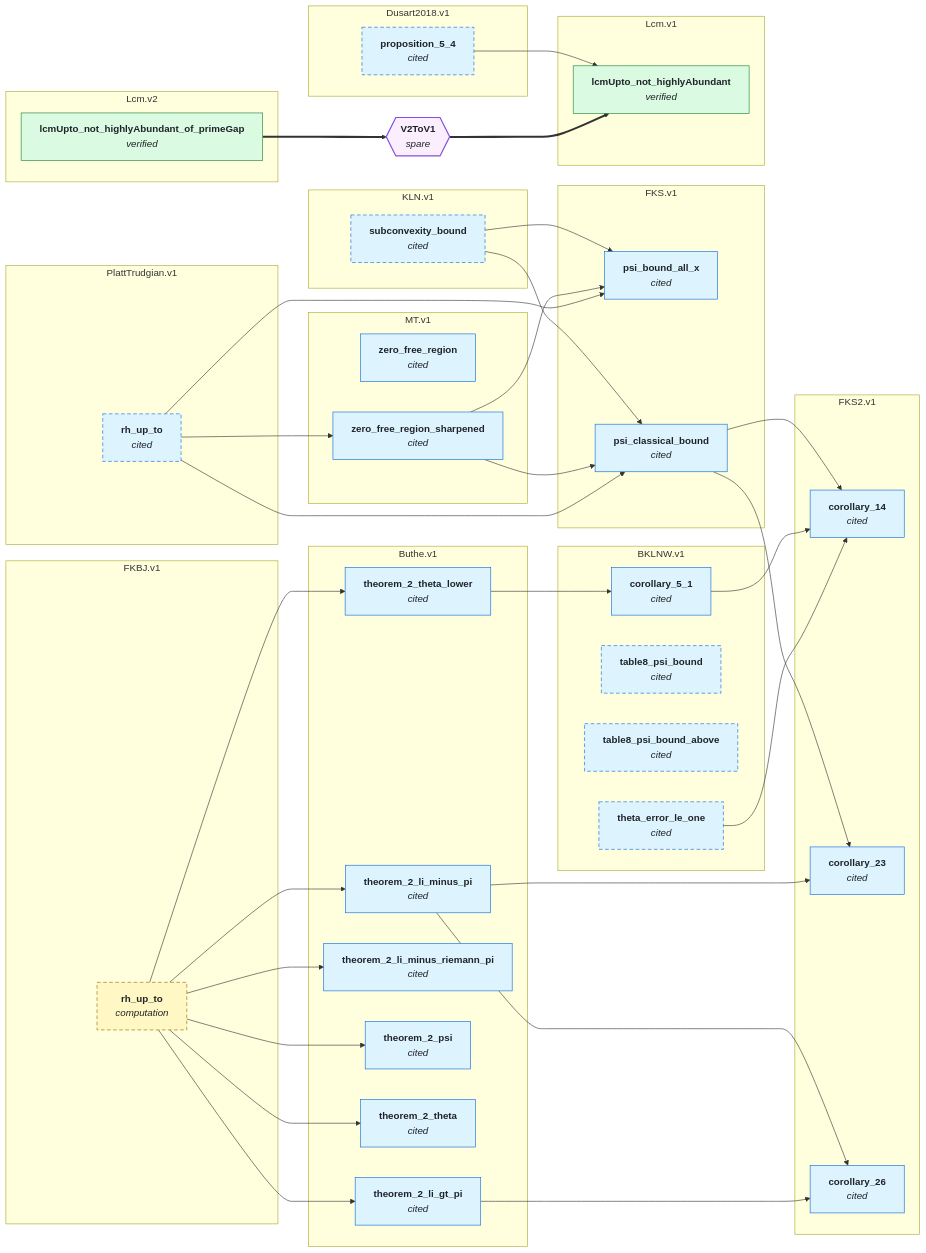
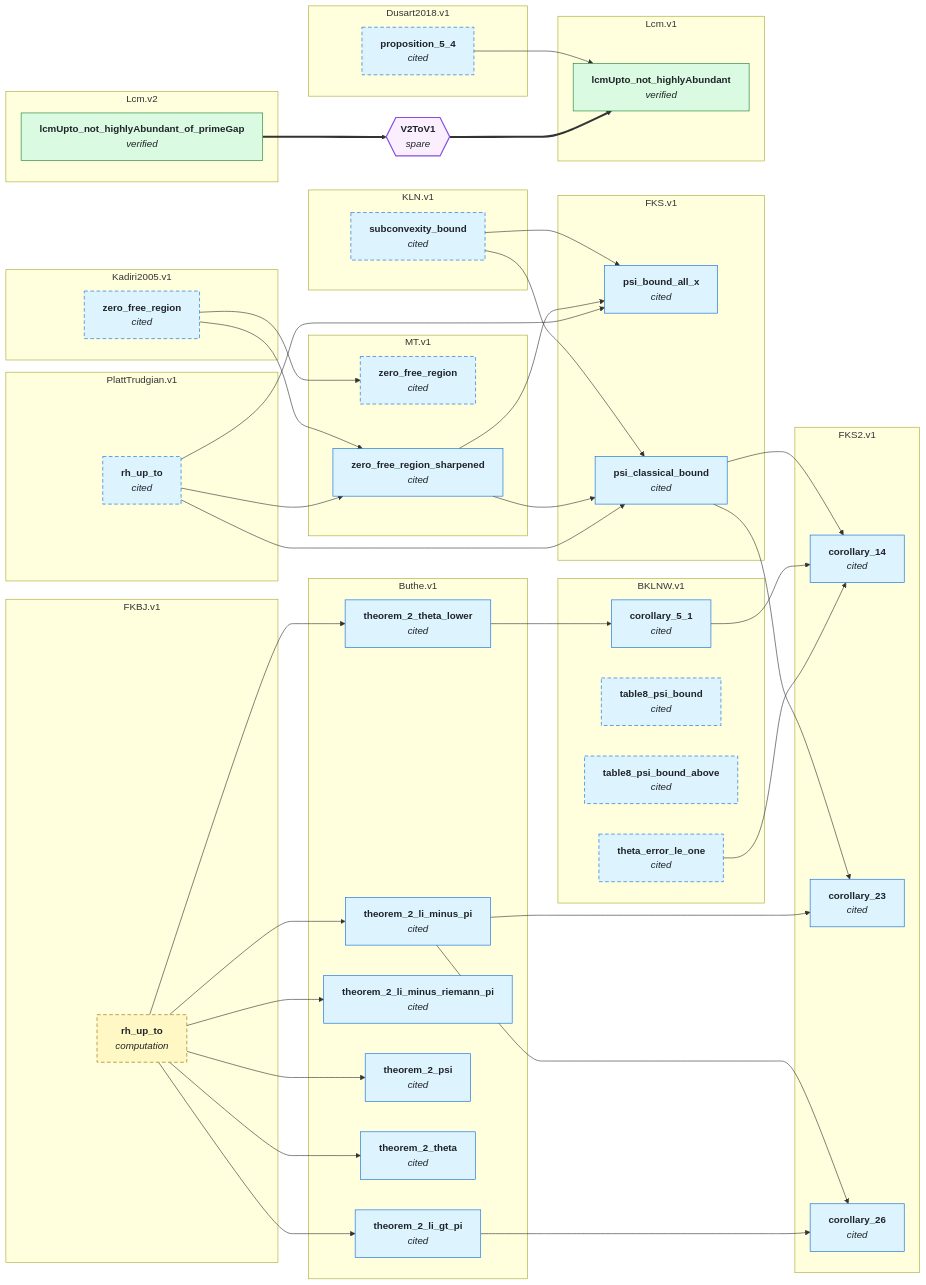
Before and after one commit to teorth/IEANTN: the second of 2 diagrams in GRAPH.md, drawn with Mermaid. The commit also changed other lines of this file and 9 other files, not shown here.

````diff
--- a/GRAPH.md
+++ b/GRAPH.md
@@ -115,6 +118,9 @@
   end
   subgraph sgKLN_v1["KLN.v1"]
     KLN_v1_subconvexity_bound["<b>subconvexity_bound</b><br/><i>cited</i>"]
+  end
+  subgraph sgKadiri2005_v1["Kadiri2005.v1"]
+    Kadiri2005_v1_zero_free_region["<b>zero_free_region</b><br/><i>cited</i>"]
   end
   subgraph sgLcm_v1["Lcm.v1"]
     Lcm_v1_lcmUpto_not_highlyAbundant["<b>lcmUpto_not_highlyAbundant</b><br/><i>verified</i>"]
@@ -150,6 +156,8 @@
   Buthe_v1_theorem_2_li_minus_pi --> FKS2_v1_corollary_26
   Buthe_v1_theorem_2_li_gt_pi --> FKS2_v1_corollary_26
   Dusart2018_v1_proposition_5_4 --> Lcm_v1_lcmUpto_not_highlyAbundant
+  Kadiri2005_v1_zero_free_region --> MT_v1_zero_free_region
+  Kadiri2005_v1_zero_free_region --> MT_v1_zero_free_region_sharpened
   PlattTrudgian_v1_rh_up_to --> MT_v1_zero_free_region_sharpened
   BRLcm_v1_lcmUpto_not_highlyAbundant__bridge_from_v2{{"<b>V2ToV1</b><br/><i>spare</i>"}}
   Lcm_v2_lcmUpto_not_highlyAbundant_of_primeGap ==> BRLcm_v1_lcmUpto_not_highlyAbundant__bridge_from_v2
@@ -160,6 +168,8 @@
   style Dusart2018_v1_proposition_5_4 stroke-dasharray: 6 4;
   style FKBJ_v1_rh_up_to stroke-dasharray: 6 4;
   style KLN_v1_subconvexity_bound stroke-dasharray: 6 4;
+  style Kadiri2005_v1_zero_free_region stroke-dasharray: 6 4;
+  style MT_v1_zero_free_region stroke-dasharray: 6 4;
   style PlattTrudgian_v1_rh_up_to stroke-dasharray: 6 4;
   classDef lean_comparator fill:#dafbe1,stroke:#1a7f37,color:#1f2328;
   classDef numerical fill:#fff8c5,stroke:#9a6700,color:#1f2328;
@@ -170,6 +180,6 @@
   classDef bridge fill:#fbefff,stroke:#8250df,color:#1f2328,stroke-width:2px;
   class BRLcm_v1_lcmUpto_not_highlyAbundant__bridge_from_v2 bridge;
   class Lcm_v1_lcmUpto_not_highlyAbundant,Lcm_v2_lcmUpto_not_highlyAbundant_of_primeGap lean_comparator;
-  class BKLNW_v1_corollary_5_1,BKLNW_v1_table8_psi_bound,BKLNW_v1_table8_psi_bound_above,BKLNW_v1_theta_error_le_one,Buthe_v1_theorem_2_li_gt_pi,Buthe_v1_theorem_2_li_minus_pi,Buthe_v1_theorem_2_li_minus_riemann_pi,Buthe_v1_theorem_2_psi,Buthe_v1_theorem_2_theta,Buthe_v1_theorem_2_theta_lower,Dusart2018_v1_proposition_5_4,FKS_v1_psi_bound_all_x,FKS_v1_psi_classical_bound,FKS2_v1_corollary_14,FKS2_v1_corollary_23,FKS2_v1_corollary_26,KLN_v1_subconvexity_bound,MT_v1_zero_free_region,MT_v1_zero_free_region_sharpened,PlattTrudgian_v1_rh_up_to literature;
+  class BKLNW_v1_corollary_5_1,BKLNW_v1_table8_psi_bound,BKLNW_v1_table8_psi_bound_above,BKLNW_v1_theta_error_le_one,Buthe_v1_theorem_2_li_gt_pi,Buthe_v1_theorem_2_li_minus_pi,Buthe_v1_theorem_2_li_minus_riemann_pi,Buthe_v1_theorem_2_psi,Buthe_v1_theorem_2_theta,Buthe_v1_theorem_2_theta_lower,Dusart2018_v1_proposition_5_4,FKS_v1_psi_bound_all_x,FKS_v1_psi_classical_bound,FKS2_v1_corollary_14,FKS2_v1_corollary_23,FKS2_v1_corollary_26,KLN_v1_subconvexity_bound,Kadiri2005_v1_zero_free_region,MT_v1_zero_free_region,MT_v1_zero_free_region_sharpened,PlattTrudgian_v1_rh_up_to literature;
   class FKBJ_v1_rh_up_to numerical;
 ```
````
